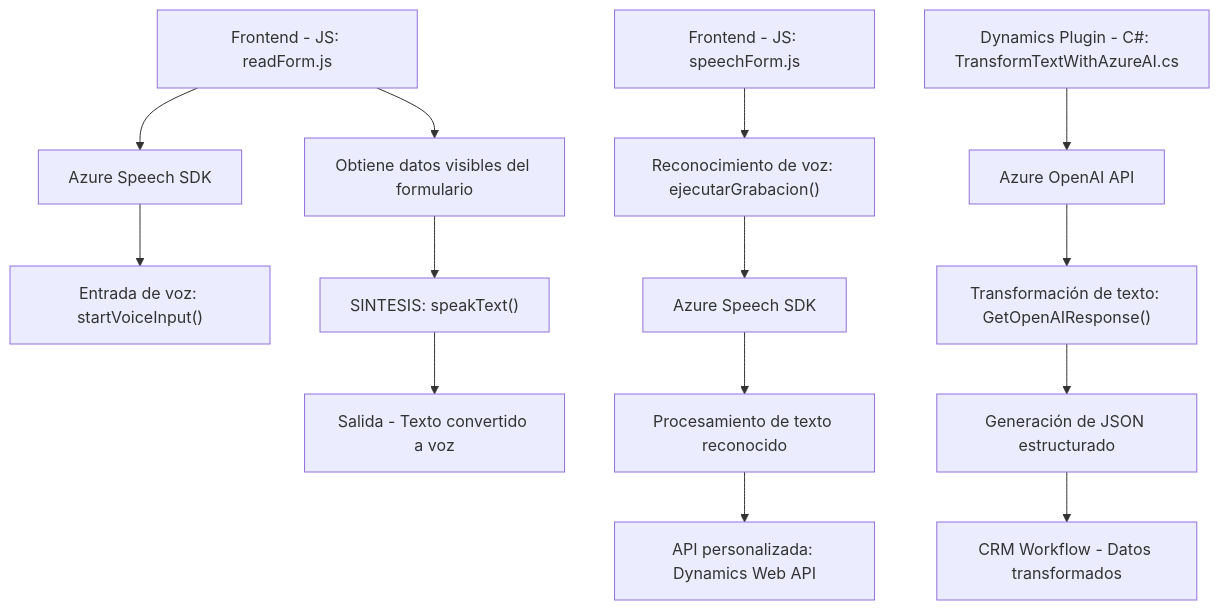
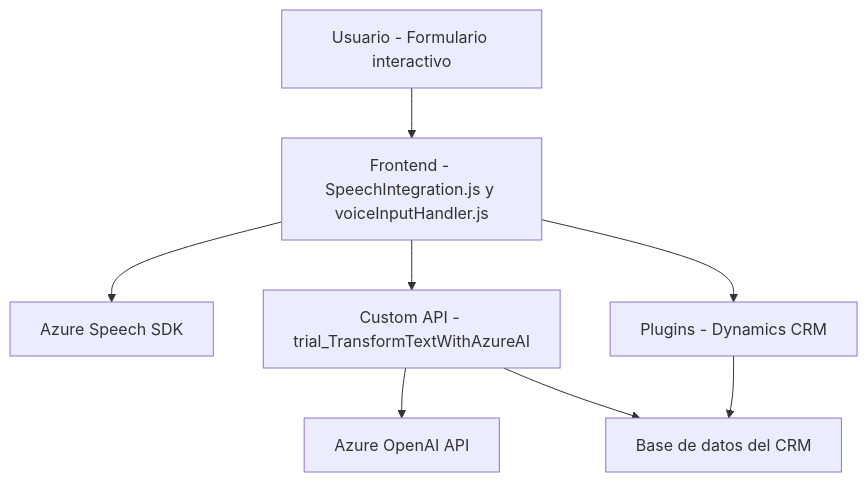
Before and after one commit to blopezdm/NETCORE_BILBAO2025: the diagram in README.md, drawn with Mermaid. The commit also changed other lines of this file, not shown here.

````diff
--- a/README.md
+++ b/README.md
@@ -44,18 +55,18 @@
 ```mermaid
 graph TD
-    A["Frontend - JS: readForm.js"] --> B["Obtiene datos visibles del formulario"]
-    A --> C["Azure Speech SDK"]
-    C --> D["Entrada de voz: startVoiceInput()"]
-    B --> E["SINTESIS: speakText()"]
-    E --> F["Salida - Texto convertido a voz"]
+    A["Usuario - Formulario interactivo"]
+    B["Frontend - SpeechIntegration.js y voiceInputHandler.js"]
+    C["Azure Speech SDK"]
+    D["Azure OpenAI API"]
+    E["Plugins - Dynamics CRM"]
+    F["Base de datos del CRM"]
+    G["Custom API - trial_TransformTextWithAzureAI"]
 
-    G["Frontend - JS: speechForm.js"] --> H["Reconocimiento de voz: ejecutarGrabacion()"]
-    H --> I["Azure Speech SDK"]
-    I --> J["Procesamiento de texto reconocido"]
-    J --> K["API personalizada: Dynamics Web API"]
-
-    L["Dynamics Plugin - C#: TransformTextWithAzureAI.cs"] --> M["Azure OpenAI API"]
-    M --> N["Transformación de texto: GetOpenAIResponse()"]
-    N --> O["Generación de JSON estructurado"]
-    O --> P["CRM Workflow - Datos transformados"]
+    A --> B
+    B --> C
+    B --> G
+    G --> D
+    G --> F
+    E --> F
+    B --> E
 ```
````
